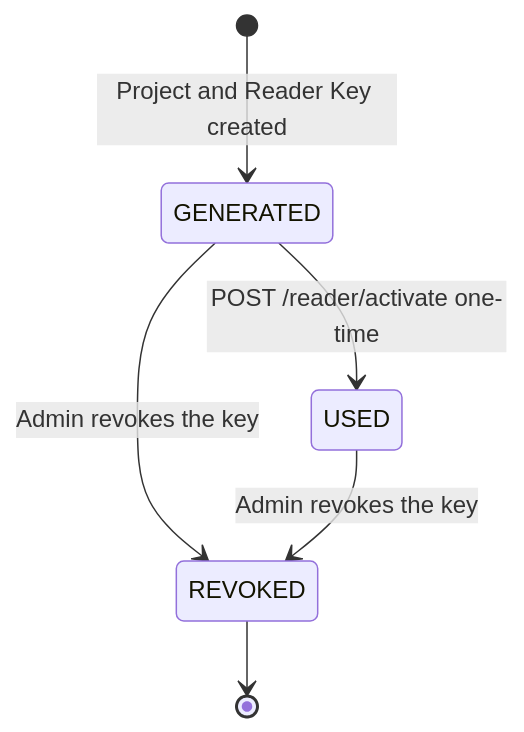
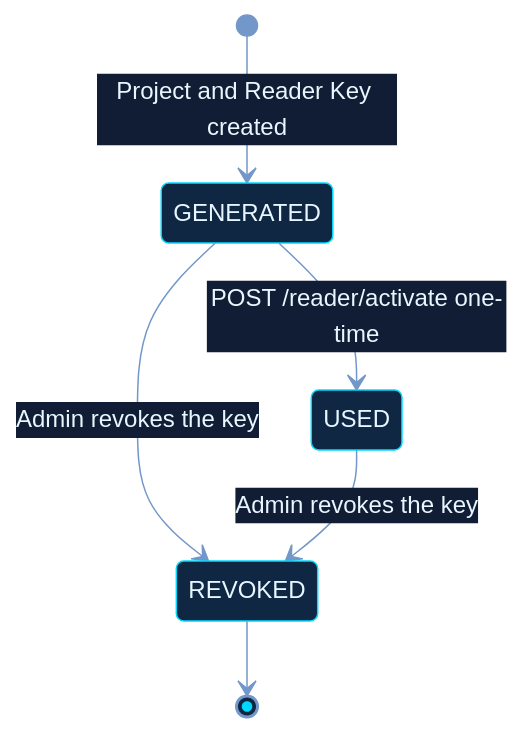
Before and after one commit to shajeduzzamanenan992008inc/NexOra-Database-key-Gen: diagram 14 of 23 in README.md, drawn with Mermaid. The commit also changed other lines of this file, not shown here.

````diff
--- a/README.md
+++ b/README.md
@@ -1146,8 +1181,9 @@
 ```mermaid
+%%{init: {"theme":"base","themeVariables":{"darkMode":true,"background":"#07111f","primaryColor":"#102744","primaryTextColor":"#e8f7ff","primaryBorderColor":"#00d9ff","lineColor":"#7297c8","secondaryColor":"#261d45","secondaryTextColor":"#f3eaff","secondaryBorderColor":"#a78bfa","tertiaryColor":"#12332b","tertiaryTextColor":"#e0fff1","tertiaryBorderColor":"#41e6a2","fontFamily":"Inter, Segoe UI, sans-serif","edgeLabelBackground":"#101d34","mainBkg":"#102744","nodeBorder":"#00d9ff","clusterBkg":"#0b1930","clusterBorder":"#6f7dff","actorBkg":"#102744","actorBorder":"#00d9ff","actorTextColor":"#e8f7ff","signalColor":"#64d8ff","signalTextColor":"#e8f7ff","noteBkgColor":"#0e332b","noteBorderColor":"#41e6a2","noteTextColor":"#e0fff1"}}}%%
 stateDiagram-v2
     [*] --> GENERATED : Project and Reader Key created
     GENERATED --> USED : POST /reader/activate one-time
     GENERATED --> REVOKED : Admin revokes the key
     USED --> REVOKED : Admin revokes the key
     REVOKED --> [*]
 ```
````
